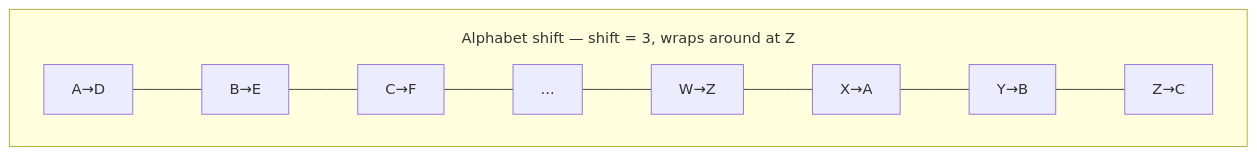
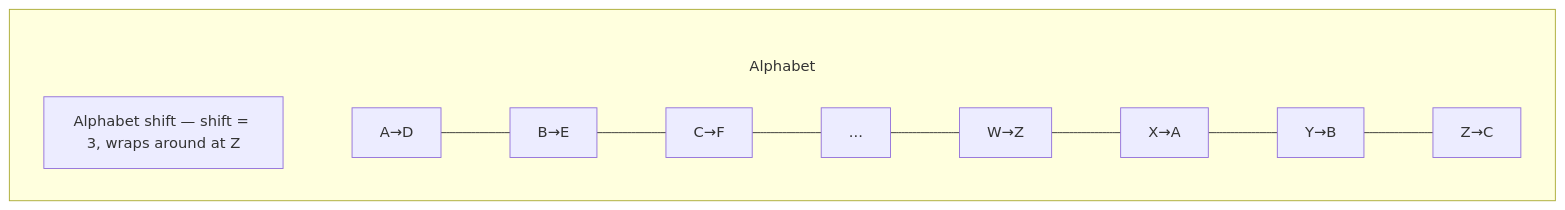
One commit to csoares/SecurityJava changed the second of 6 diagrams in src/main/java/security/encryption/classic/README.md. Above: the diagram before and after it, drawn with Mermaid. The commit also changed other lines of this file and 11 other files, not shown here.

First line of the commit message:
Fix Mermaid subgraph title overlap by moving labels into title nodes

````diff
--- a/src/main/java/security/encryption/classic/README.md
+++ b/src/main/java/security/encryption/classic/README.md
@@ -41,7 +45,9 @@
 ```mermaid
-%%{init: {'flowchart': {'subGraphTitleMargin': {'top': 20, 'bottom': 5}}}}%%
+%%{init: {'flowchart': {'subGraphTitleMargin': {'top': 50, 'bottom': 10}}}}%%
 flowchart TD
-    subgraph Alphabet ["Alphabet shift — shift = 3, wraps around at Z"]
+    subgraph Alphabet
+        T_Alphabet["Alphabet shift — shift = 3, wraps around at Z"]
+        T_Alphabet ~~~ A1
         A1["A→D"] --- B1["B→E"] --- C1["C→F"] --- D1["..."] --- W1["W→Z"] --- X1["X→A"] --- Y1["Y→B"] --- Z1["Z→C"]
     end
 ```
````
